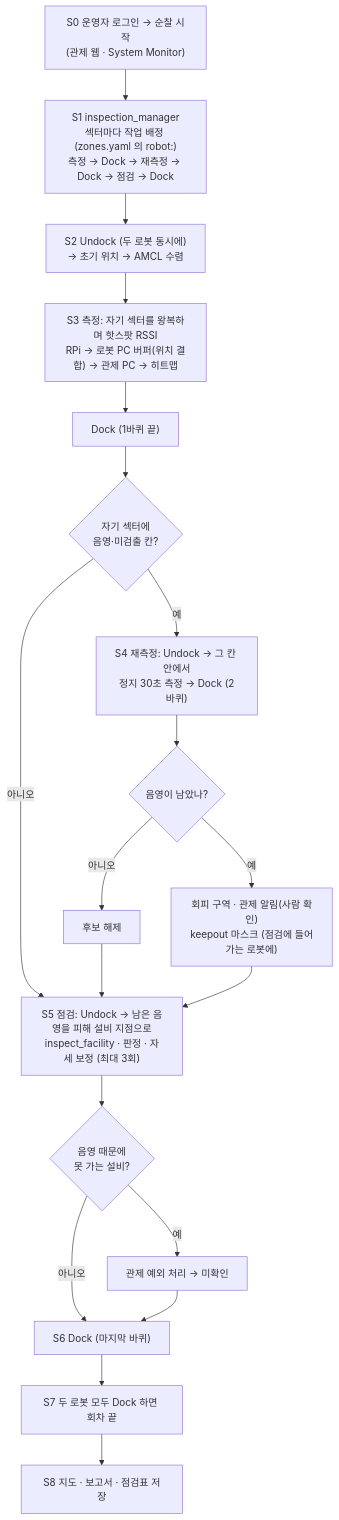
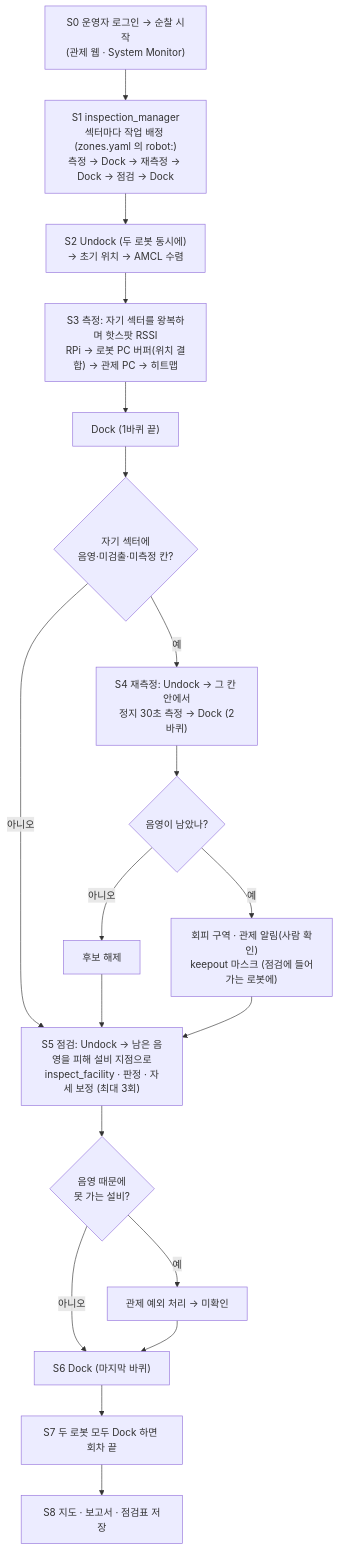
One commit to HJAE99/B_0102_Final_Project-archive changed the first of 4 diagrams in docs/deliverables/process_flow.md. Above: the diagram before and after it, drawn with Mermaid. The commit also changed other lines of this file and 10 other files, not shown here.

````diff
--- a/docs/deliverables/process_flow.md
+++ b/docs/deliverables/process_flow.md
@@ -20,21 +20,21 @@
 ```mermaid
 flowchart TD
   S0["S0 운영자 로그인 → 순찰 시작<br>(관제 웹 · System Monitor)"] --> S1["S1 inspection_manager<br>섹터마다 작업 배정 (zones.yaml 의 robot:)<br>측정 → Dock → 재측정 → Dock → 점검 → Dock"]
   S1 --> S2["S2 Undock (두 로봇 동시에)<br>→ 초기 위치 → AMCL 수렴"]
   S2 --> S3["S3 측정: 자기 섹터를 왕복하며 핫스팟 RSSI<br>RPi → 로봇 PC 버퍼(위치 결합) → 관제 PC → 히트맵"]
   S3 --> D1["Dock (1바퀴 끝)"]
-  D1 --> Q1{"자기 섹터에<br>음영·미검출 칸?"}
+  D1 --> Q1{"자기 섹터에<br>음영·미검출·미측정 칸?"}
   Q1 -- 예 --> S4["S4 재측정: Undock → 그 칸 안에서<br>정지 30초 측정 → Dock (2바퀴)"]
   Q1 -- 아니오 --> S5
   S4 --> Q2{"음영이 남았나?"}
   Q2 -- 아니오 --> R1["후보 해제"]
   Q2 -- 예 --> M1["회피 구역 · 관제 알림(사람 확인)<br>keepout 마스크 (점검에 들어가는 로봇에)"]
   R1 --> S5
   M1 --> S5["S5 점검: Undock → 남은 음영을 피해 설비 지점으로<br>inspect_facility · 판정 · 자세 보정 (최대 3회)"]
   S5 --> Q3{"음영 때문에<br>못 가는 설비?"}
   Q3 -- 예 --> E1["관제 예외 처리 → 미확인"]
   Q3 -- 아니오 --> S6
   E1 --> S6["S6 Dock (마지막 바퀴)"]
   S6 --> S7["S7 두 로봇 모두 Dock 하면 회차 끝"]
   S7 --> S8["S8 지도 · 보고서 · 점검표 저장"]
 ```
````
